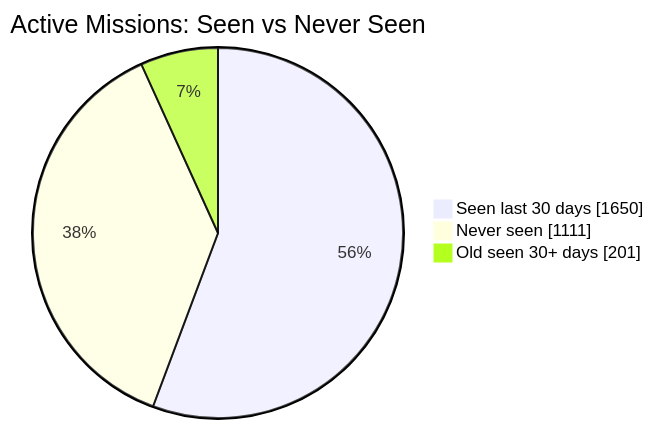
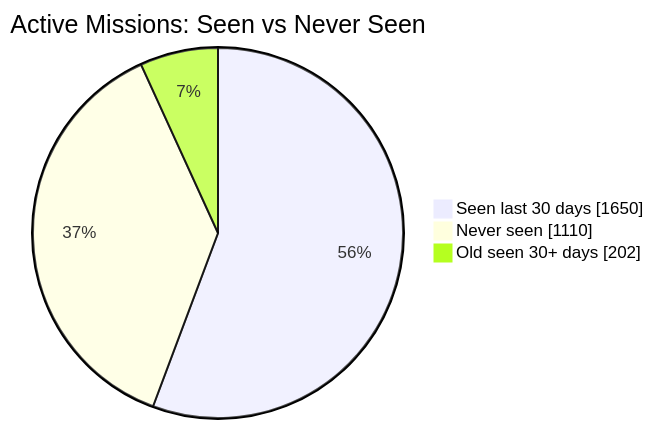
Before and after one commit to MeldkamerspelGameTeam/active-missions: the first of 2 diagrams in README.md, drawn with Mermaid. The commit also changed other lines of this file and 4 other files, not shown here.

````diff
--- a/README.md
+++ b/README.md
@@ -34,7 +34,7 @@
 ```mermaid
 pie showData
     title Active Missions: Seen vs Never Seen
     "Seen last 30 days" : 1650
-    "Never seen" : 1111
-    "Old seen 30+ days" : 201
+    "Never seen" : 1110
+    "Old seen 30+ days" : 202
 ```
````
